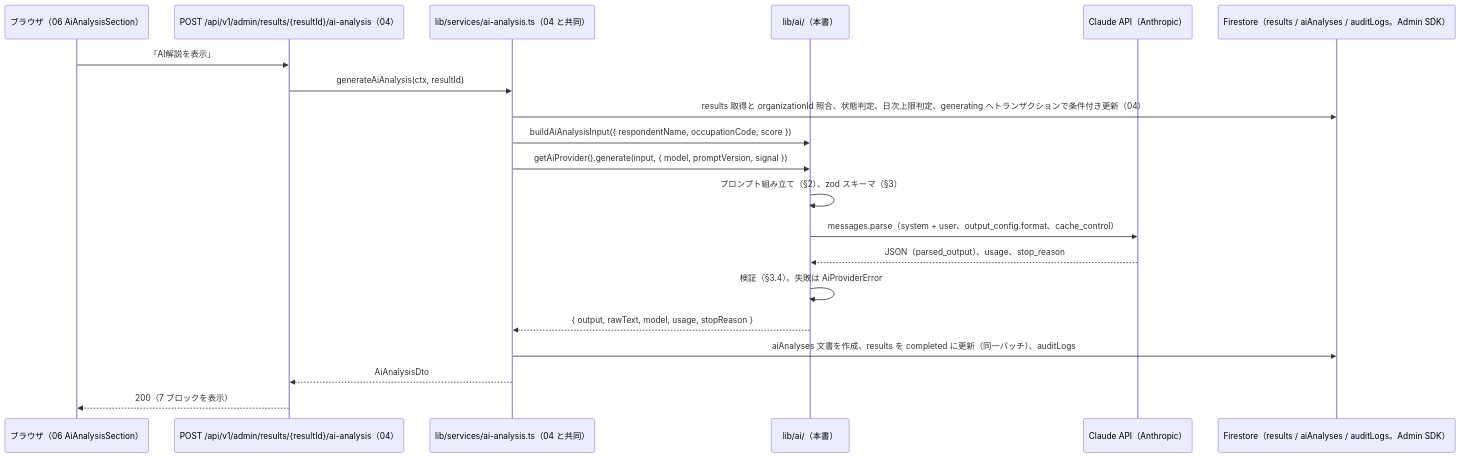
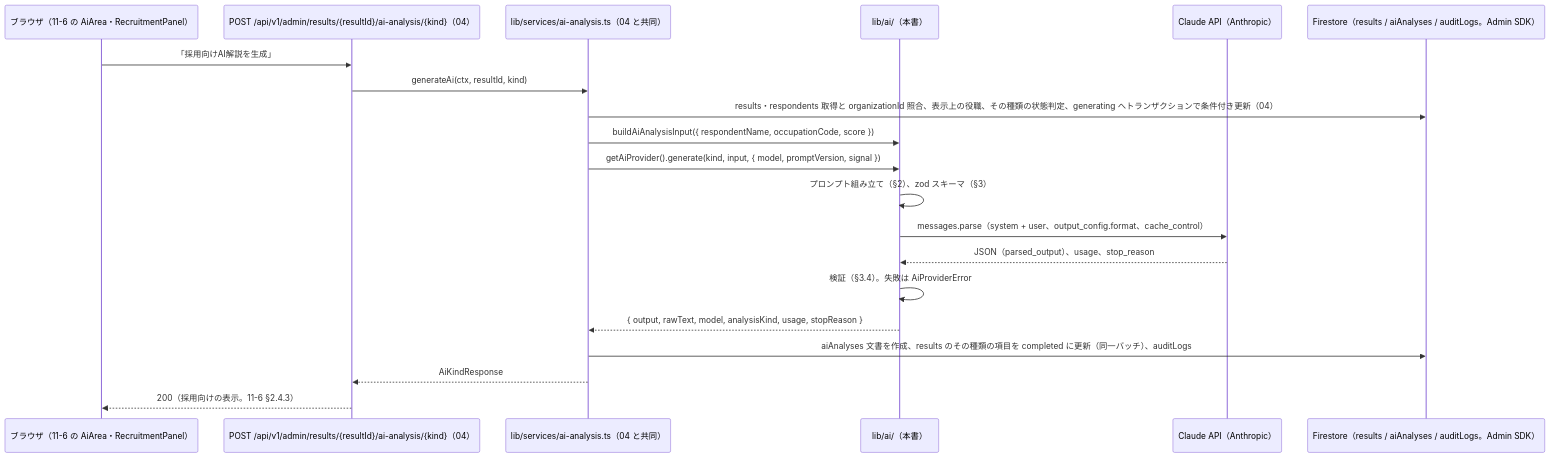
Before and after one commit to tanukichiyamaguchi/Tekisei-Kensa: the first of 3 diagrams in docs/基本設計/07_AI解説とPDF.md, drawn with Mermaid. The commit also changed other lines of this file and 95 other files, not shown here.

````diff
--- a/docs/基本設計/07_AI解説とPDF.md
+++ b/docs/基本設計/07_AI解説とPDF.md
@@ -66,23 +66,23 @@
 ```mermaid
 sequenceDiagram
-    participant B as ブラウザ（06 AiAnalysisSection）
-    participant API as POST /api/v1/admin/results/{resultId}/ai-analysis（04）
+    participant B as ブラウザ（11-6 の AiArea・RecruitmentPanel）
+    participant API as POST /api/v1/admin/results/{resultId}/ai-analysis/{kind}（04）
     participant S as lib/services/ai-analysis.ts（04 と共同）
     participant P as lib/ai/（本書）
     participant C as Claude API（Anthropic）
     participant DB as Firestore（results / aiAnalyses / auditLogs。Admin SDK）
 
-    B->>API: 「AI解説を表示」
-    API->>S: generateAiAnalysis(ctx, resultId)
-    S->>DB: results 取得と organizationId 照合、状態判定、日次上限判定、generating へトランザクションで条件付き更新（04）
+    B->>API: 「採用向けAI解説を生成」
+    API->>S: generateAi(ctx, resultId, kind)
+    S->>DB: results・respondents 取得と organizationId 照合、表示上の役職、その種類の状態判定、generating へトランザクションで条件付き更新（04）
     S->>P: buildAiAnalysisInput({ respondentName, occupationCode, score })
-    S->>P: getAiProvider().generate(input, { model, promptVersion, signal })
+    S->>P: getAiProvider().generate(kind, input, { model, promptVersion, signal })
     P->>P: プロンプト組み立て（§2）、zod スキーマ（§3）
     P->>C: messages.parse（system + user、output_config.format、cache_control）
     C-->>P: JSON（parsed_output）、usage、stop_reason
     P->>P: 検証（§3.4）。失敗は AiProviderError
-    P-->>S: { output, rawText, model, usage, stopReason }
-    S->>DB: aiAnalyses 文書を作成、results を completed に更新（同一バッチ）、auditLogs
-    S-->>API: AiAnalysisDto
-    API-->>B: 200（7 ブロックを表示）
+    P-->>S: { output, rawText, model, analysisKind, usage, stopReason }
+    S->>DB: aiAnalyses 文書を作成、results のその種類の項目を completed に更新（同一バッチ）、auditLogs
+    S-->>API: AiKindResponse
+    API-->>B: 200（採用向けの表示。11-6 §2.4.3）
 ```
````
